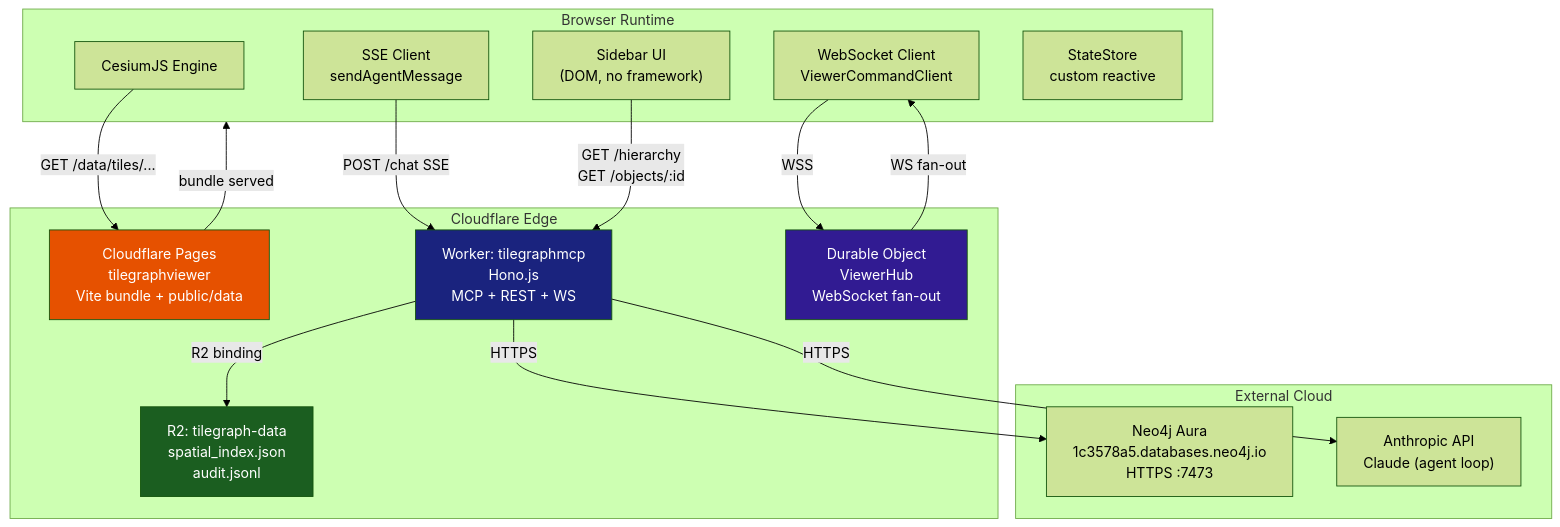
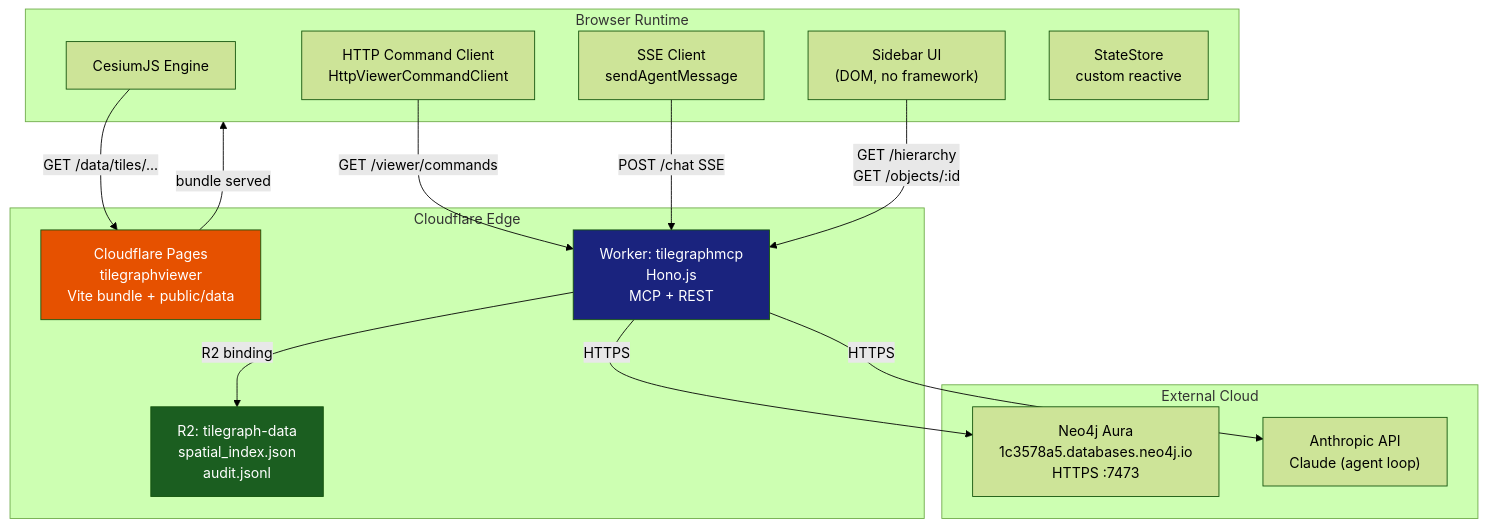
The second of 11 diagrams in apps/tilegraphviewer/cesiumjs_viewer_architecture.md (TileGraphAgent/TileGraphAgent), drawn with Mermaid (forest theme) before and after one commit. The commit also changed other lines of this file and 8 other files, not shown here.

````diff
--- a/apps/tilegraphviewer/cesiumjs_viewer_architecture.md
+++ b/apps/tilegraphviewer/cesiumjs_viewer_architecture.md
@@ -102,37 +101,34 @@
 ```mermaid
 flowchart TB
     subgraph Browser["Browser Runtime"]
         CesiumJS["CesiumJS Engine"]
         UI["Sidebar UI\n(DOM, no framework)"]
-        WSClient["WebSocket Client\nViewerCommandClient"]
+        CommandClient["HTTP Command Client\nHttpViewerCommandClient"]
         AgentClient["SSE Client\nsendAgentMessage"]
         StateStore["StateStore\ncustom reactive"]
     end
 
     subgraph CF["Cloudflare Edge"]
         Pages["Cloudflare Pages\ntilegraphviewer\nVite bundle + public/data"]
         R2["R2: tilegraph-data\nspatial_index.json\naudit.jsonl"]
-        Worker["Worker: tilegraphmcp\nHono.js\nMCP + REST + WS"]
-        DO["Durable Object\nViewerHub\nWebSocket fan-out"]
+        Worker["Worker: tilegraphmcp\nHono.js\nMCP + REST"]
     end
 
     subgraph Cloud["External Cloud"]
         Neo4jAura["Neo4j Aura\n1c3578a5.databases.neo4j.io\nHTTPS :7473"]
         AnthropicAPI["Anthropic API\nClaude (agent loop)"]
     end
 
     Pages -->|"bundle served"| Browser
     CesiumJS -->|"GET /data/tiles/..."| Pages
-    WSClient -->|"WSS"| DO
+    CommandClient -->|"GET /viewer/commands"| Worker
     AgentClient -->|"POST /chat SSE"| Worker
     UI -->|"GET /hierarchy\nGET /objects/:id"| Worker
     Worker -->|"R2 binding"| R2
     Worker -->|"HTTPS"| Neo4jAura
     Worker -->|"HTTPS"| AnthropicAPI
-    DO -->|"WS fan-out"| WSClient
 
     style Pages fill:#e65100,color:#fff
     style R2 fill:#1b5e20,color:#fff
     style Worker fill:#1a237e,color:#fff
-    style DO fill:#311b92,color:#fff
 ```
````
